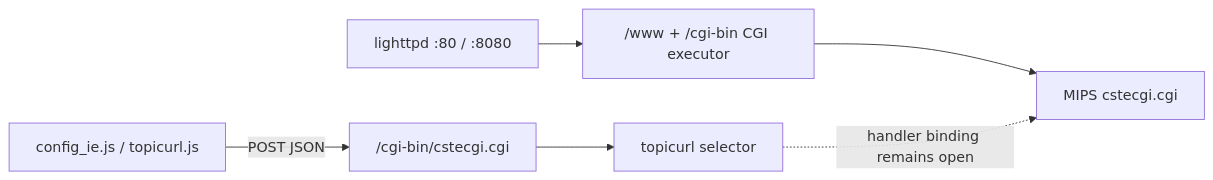
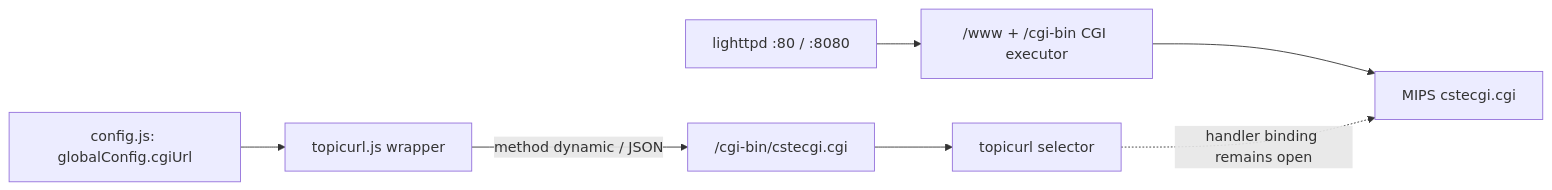
Before and after one commit to FitzBC/FirmAtlas: the second of 2 diagrams in docs/firmware-mapping/research-casebook.md, drawn with Mermaid. The commit also changed other lines of this file and 15 other files, not shown here.

````diff
--- a/docs/firmware-mapping/research-casebook.md
+++ b/docs/firmware-mapping/research-casebook.md
@@ -96,8 +96,9 @@
 ```mermaid
 flowchart LR
-    UI["config_ie.js / topicurl.js"] -->|"POST JSON"| CGI["/cgi-bin/cstecgi.cgi"]
+    CFG["config.js: globalConfig.cgiUrl"] --> WRAP["topicurl.js wrapper"]
+    WRAP -->|"method dynamic / JSON"| CGI["/cgi-bin/cstecgi.cgi"]
     CGI --> SEL["topicurl selector"]
     L["lighttpd :80 / :8080"] --> NS["/www + /cgi-bin CGI executor"]
     NS --> BIN["MIPS cstecgi.cgi"]
     SEL -. "handler binding remains open" .-> BIN
 ```
````
